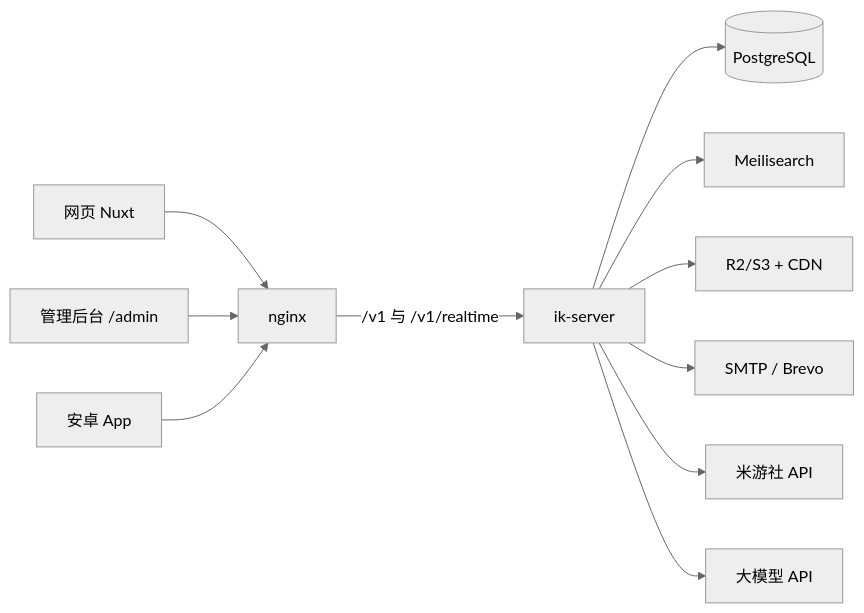
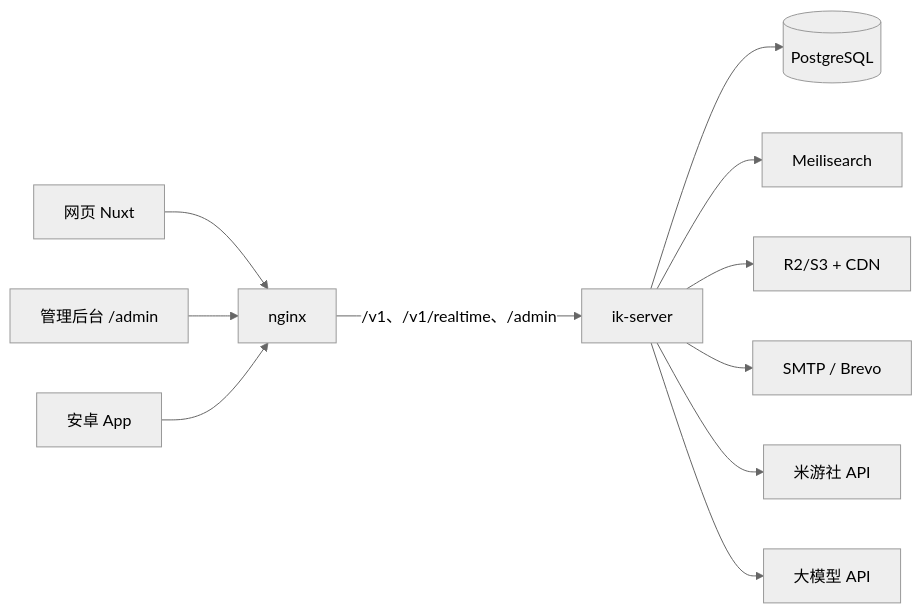
The diagram in docs/architecture.md (KawaYiLab/ikserver-rs), drawn with Mermaid (neutral theme) before and after one commit. The commit also changed other lines of this file and 21 other files, not shown here.

````diff
--- a/docs/architecture.md
+++ b/docs/architecture.md
@@ -9,13 +9,13 @@
 ```mermaid
 flowchart LR
   web[网页 Nuxt] --> ng[nginx]
   adm[管理后台 /admin] --> ng
   app[安卓 App] --> ng
-  ng -->|/v1 与 /v1/realtime| srv[ik-server]
+  ng -->|/v1、/v1/realtime、/admin| srv[ik-server]
   srv --> pg[(PostgreSQL)]
   srv --> ms[Meilisearch]
   srv --> s3[R2/S3 + CDN]
   srv --> mail[SMTP / Brevo]
   srv --> mhy[米游社 API]
   srv --> llm[大模型 API]
 ```
````
